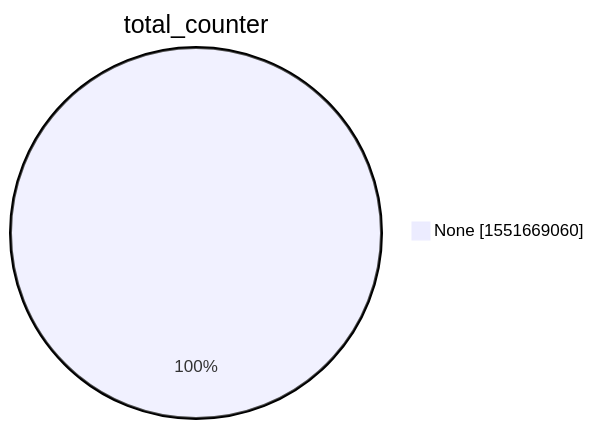
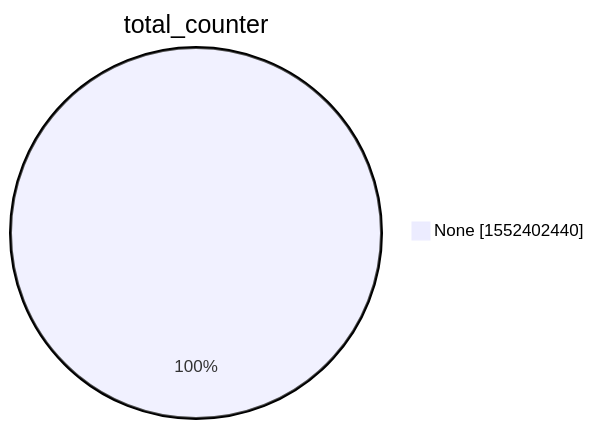
The second of 15 diagrams in xenon2022/README.md (christiankrug/ctmonitor_visualization), drawn with Mermaid before and after one commit. The commit also changed other lines of this file, not shown here.

````diff
--- a/xenon2022/README.md
+++ b/xenon2022/README.md
@@ -9,5 +9,5 @@
 ```mermaid
 pie showData
 title total_counter
-"None" :1551669060
+"None" :1552402440
 ```
````
